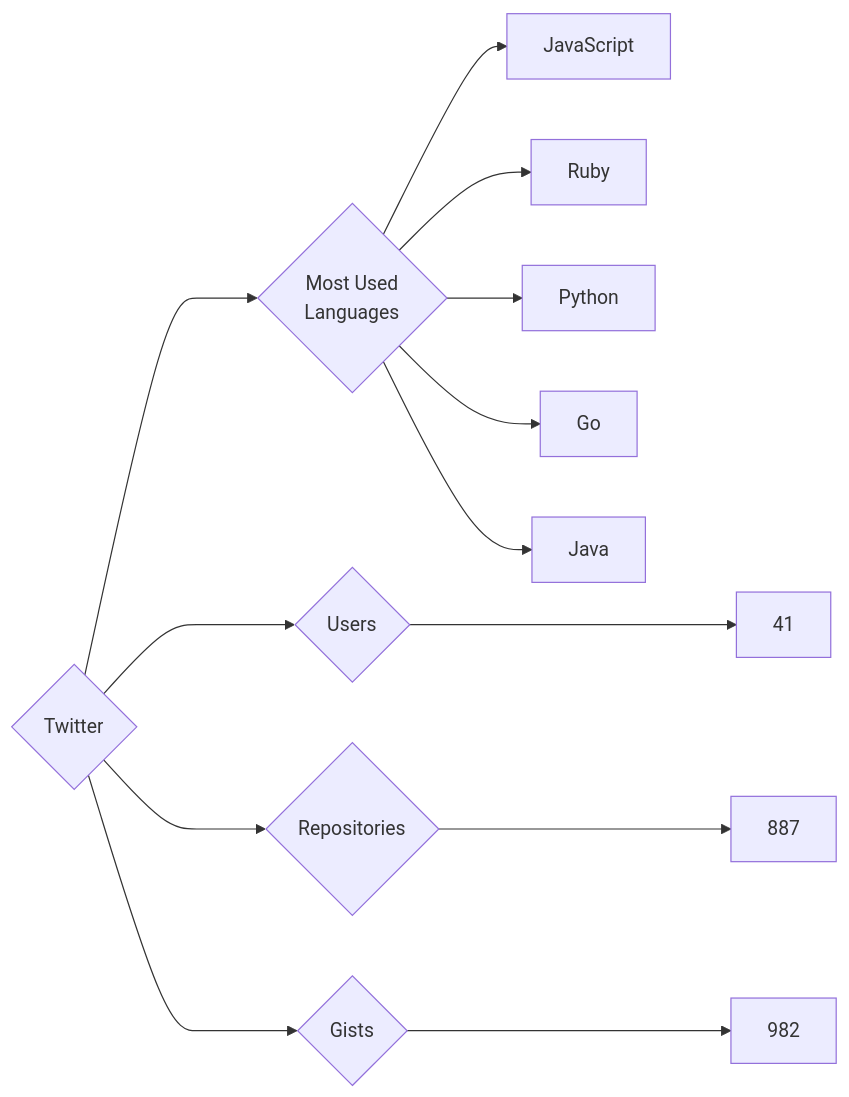
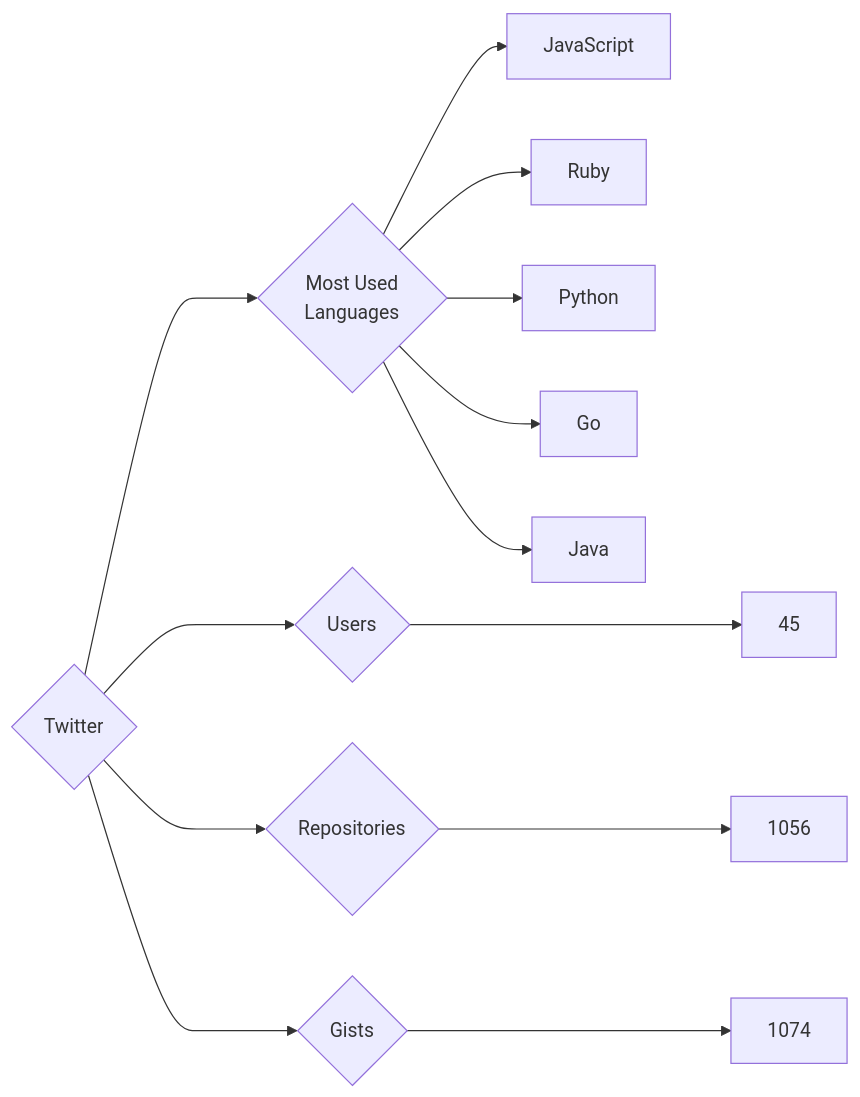
Before and after one commit to trickest/insiders: the diagram in targets/Twitter/README.md, drawn with Mermaid. The commit also changed 940 other files, not shown here.

````diff
--- a/targets/Twitter/README.md
+++ b/targets/Twitter/README.md
@@ -3,13 +3,13 @@
 ```mermaid
 graph LR
 COMPANY_NAME{Twitter}
-COMPANY_NAME ---> U{Users} ---> UN[41]
-COMPANY_NAME ---> R{Repositories} ---> RN[887]
-COMPANY_NAME ---> G{Gists} ---> GN[982]
+COMPANY_NAME ---> U{Users} ---> UN[45]
+COMPANY_NAME ---> R{Repositories} ---> RN[1056]
+COMPANY_NAME ---> G{Gists} ---> GN[1074]
 COMPANY_NAME ---> ML{Most Used<br>Languages}
 ML --> JavaScript[JavaScript]
 ML --> Ruby[Ruby]
 ML --> Python[Python]
 ML --> Go[Go]
 ML --> Java[Java]
 ```
````
